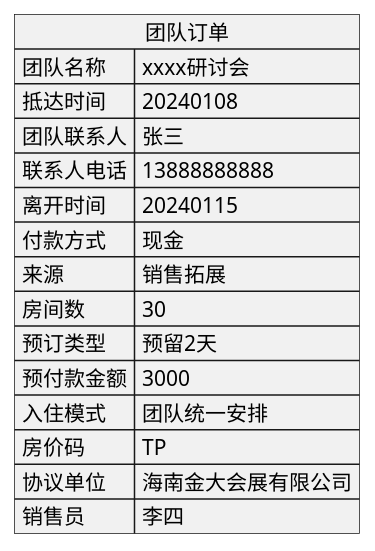
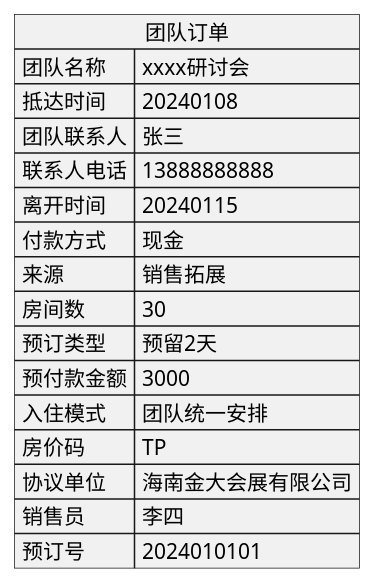
The third of 3 diagrams in docs.md (hnviqz/plantuml), drawn with PlantUML before and after one commit.

Commit message:
添加预订号

````diff
--- a/docs.md
+++ b/docs.md
@@ -53,21 +53,22 @@
 ```plantuml
 @startuml
 json 团队订单{
   "团队名称":"xxxx研讨会",
   "抵达时间":"20240108",
   "团队联系人":"张三",
   "联系人电话":"13888888888",
   "离开时间":"20240115",
   "付款方式":"现金",
   "来源":"销售拓展",
   "房间数":"30",
   "预订类型":"预留2天",
   "预付款金额":"3000",
   "入住模式":"团队统一安排",
   "房价码":"TP",
   "协议单位":"海南金大会展有限公司",
-  "销售员":"李四"
+  "销售员":"李四",
+  "预订号":"2024010101"
 }
 
 @enduml
 ```
````
